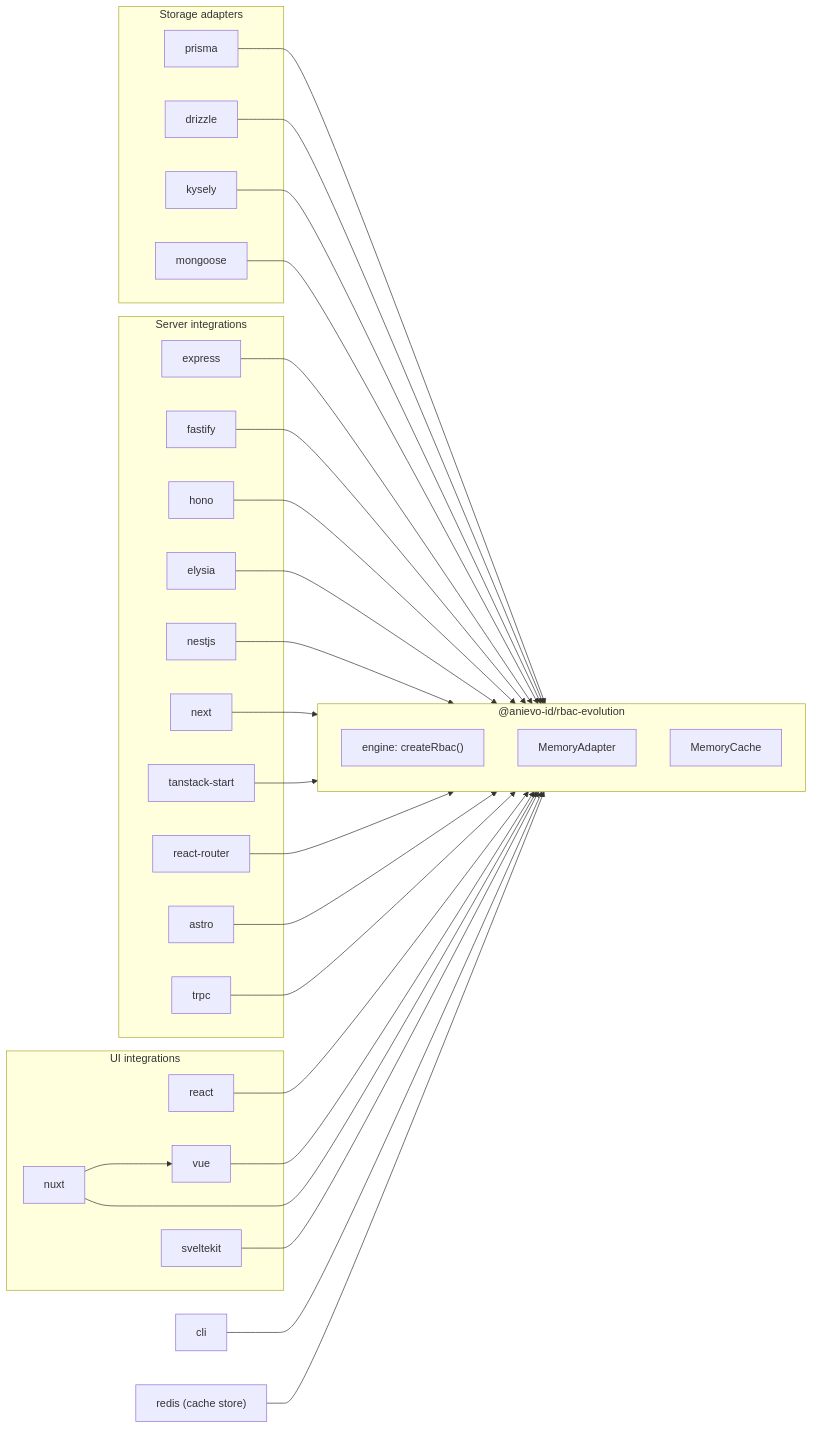
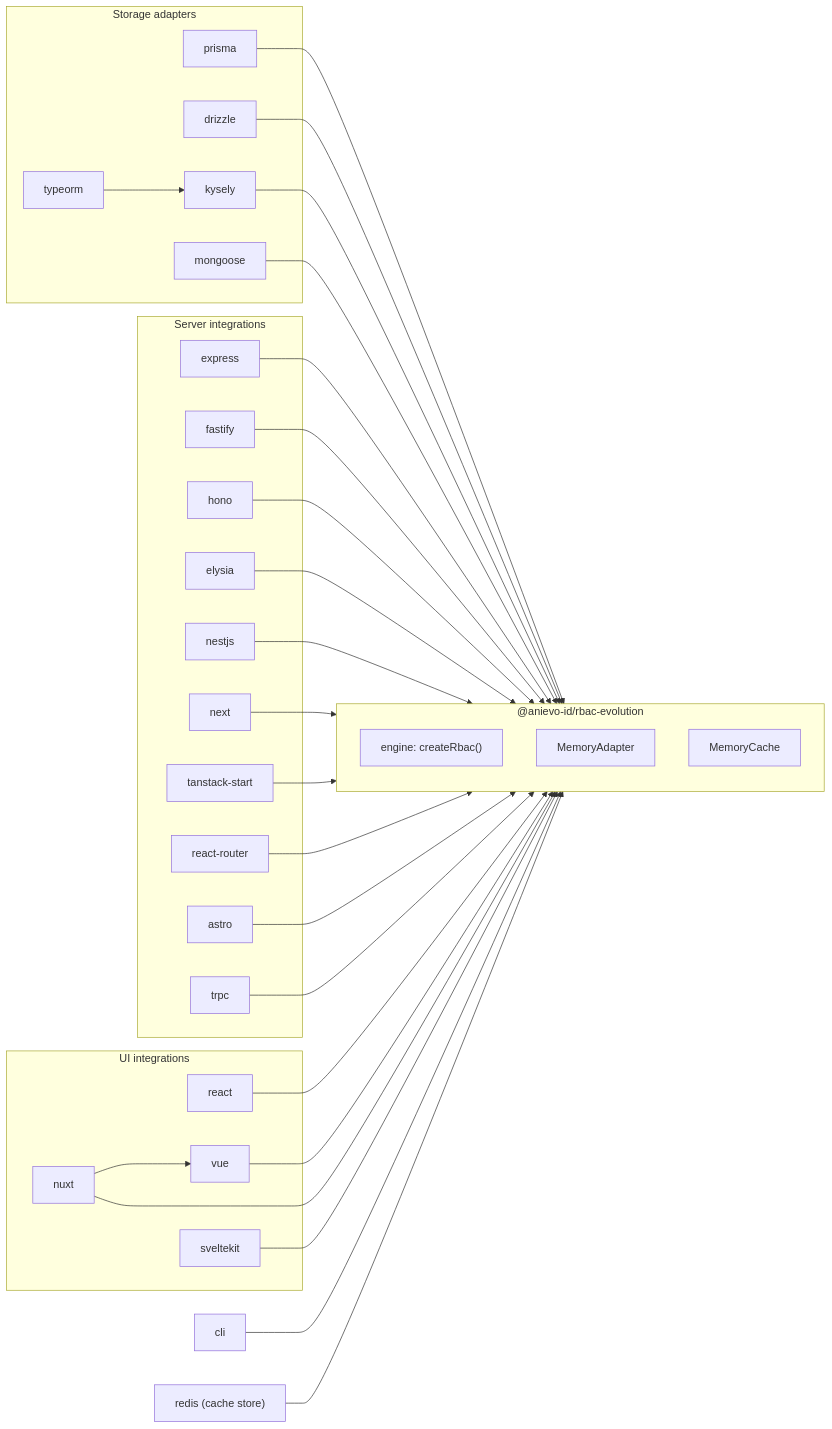
Before and after one commit to AniEvo-ID/rbac-evolution: the first of 8 diagrams in docs/guide/how-it-works.md, drawn with Mermaid. The commit also changed other lines of this file and 27 other files, not shown here.

````diff
--- a/docs/guide/how-it-works.md
+++ b/docs/guide/how-it-works.md
@@ -17,60 +17,62 @@
 ```mermaid
 flowchart LR
   subgraph adapters["Storage adapters"]
     prisma["prisma"]
     drizzle["drizzle"]
     kysely["kysely"]
+    typeorm["typeorm"]
     mongoose["mongoose"]
   end
 
   subgraph core["@anievo-id/rbac-evolution"]
     engine["engine: createRbac()"]
     memory["MemoryAdapter"]
     cache["MemoryCache"]
   end
 
   subgraph server["Server integrations"]
     express["express"]
     fastify["fastify"]
     hono["hono"]
     elysia["elysia"]
     nestjs["nestjs"]
     next["next"]
     tanstack["tanstack-start"]
     reactrouter["react-router"]
     astro["astro"]
     trpc["trpc"]
   end
 
   subgraph ui["UI integrations"]
     react["react"]
     vue["vue"]
     nuxt["nuxt"]
     sveltekit["sveltekit"]
   end
 
   cli["cli"]
   redis["redis (cache store)"]
 
   prisma --> core
   drizzle --> core
   kysely --> core
+  typeorm --> kysely
   mongoose --> core
   express --> core
   fastify --> core
   hono --> core
   elysia --> core
   nestjs --> core
   next --> core
   tanstack --> core
   reactrouter --> core
   astro --> core
   trpc --> core
   react --> core
   vue --> core
   nuxt --> core
   nuxt --> vue
   sveltekit --> core
   cli --> core
   redis --> core
 ```
````
